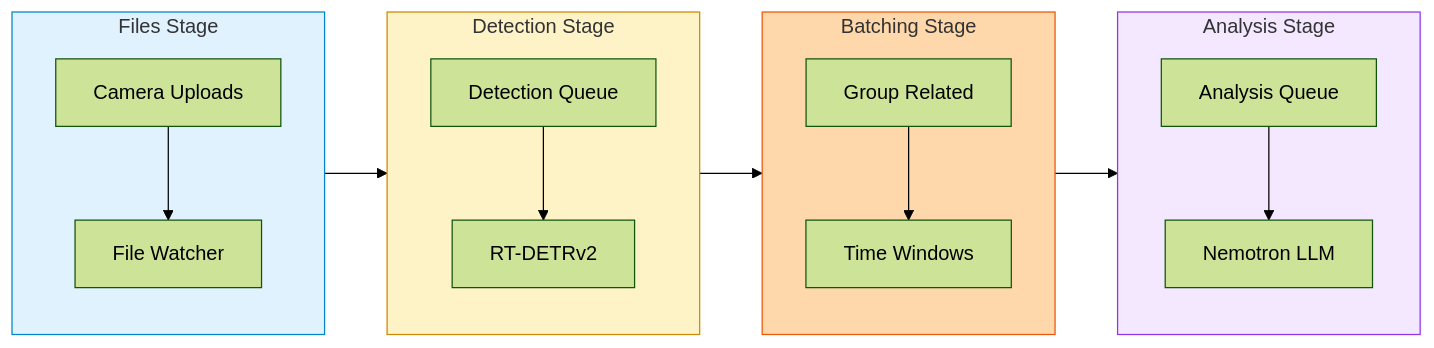
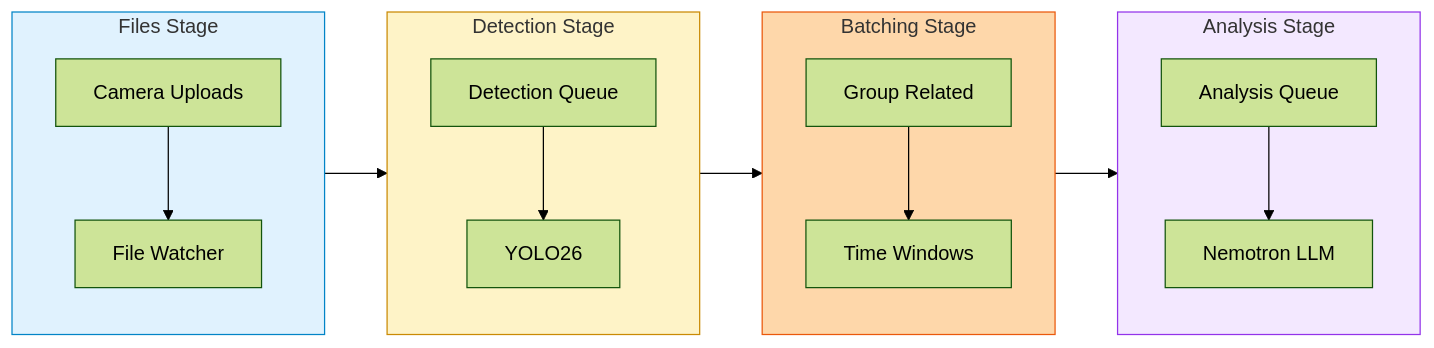
Before and after one commit to mikesvoboda/nemotron-v3-home-security-intelligence: the first of 2 diagrams in docs/ui/operations.md, drawn with Mermaid (forest theme). The commit also changed other lines of this file and 474 other files, not shown here.

````diff
--- a/docs/ui/operations.md
+++ b/docs/ui/operations.md
@@ -31,33 +31,33 @@
 ```mermaid
 flowchart LR
     subgraph Files["Files Stage"]
         F1[Camera Uploads]
         F2[File Watcher]
         F1 --> F2
     end
 
     subgraph Detect["Detection Stage"]
         D1[Detection Queue]
-        D2[RT-DETRv2]
+        D2[YOLO26]
         D1 --> D2
     end
 
     subgraph Batch["Batching Stage"]
         B1[Group Related]
         B2[Time Windows]
         B1 --> B2
     end
 
     subgraph Analyze["Analysis Stage"]
         A1[Analysis Queue]
         A2[Nemotron LLM]
         A1 --> A2
     end
 
     Files --> Detect --> Batch --> Analyze
 
     style Files fill:#e0f2fe,stroke:#0284c7
     style Detect fill:#fef3c7,stroke:#ca8a04
     style Batch fill:#fed7aa,stroke:#ea580c
     style Analyze fill:#f3e8ff,stroke:#9333ea
 ```
````
